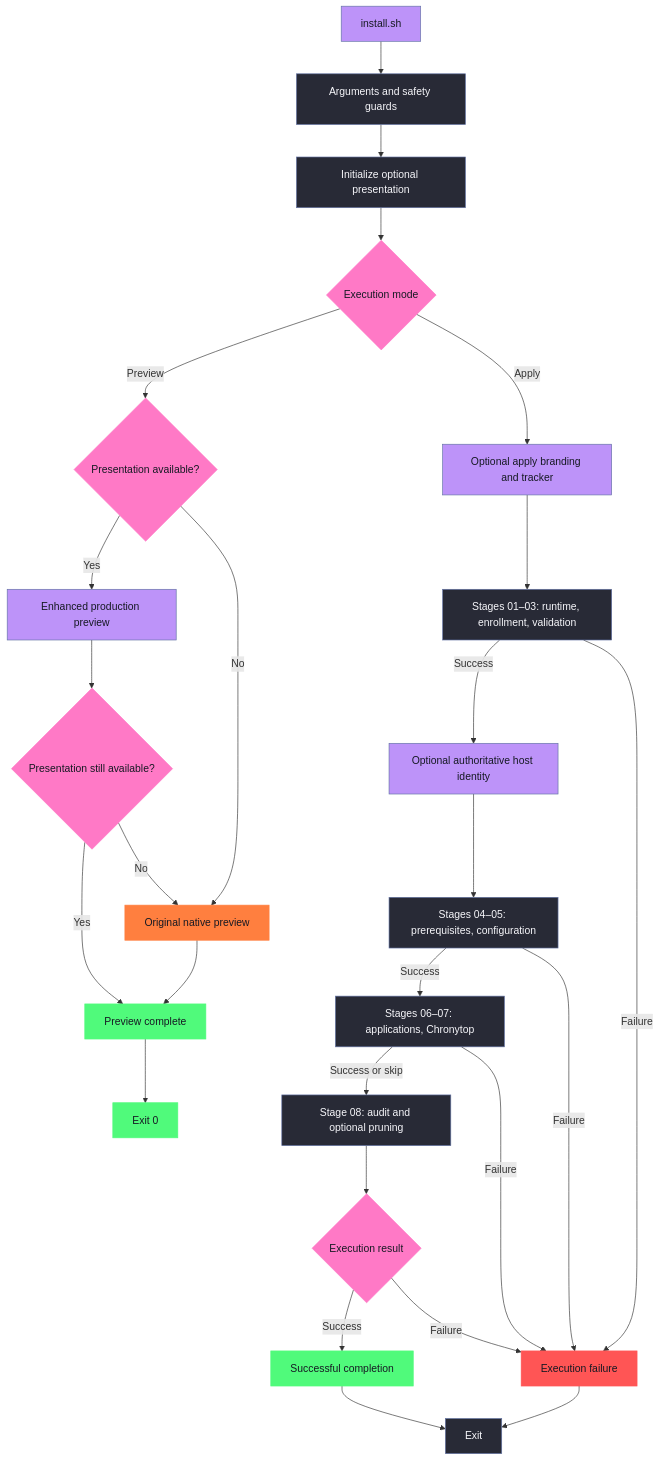
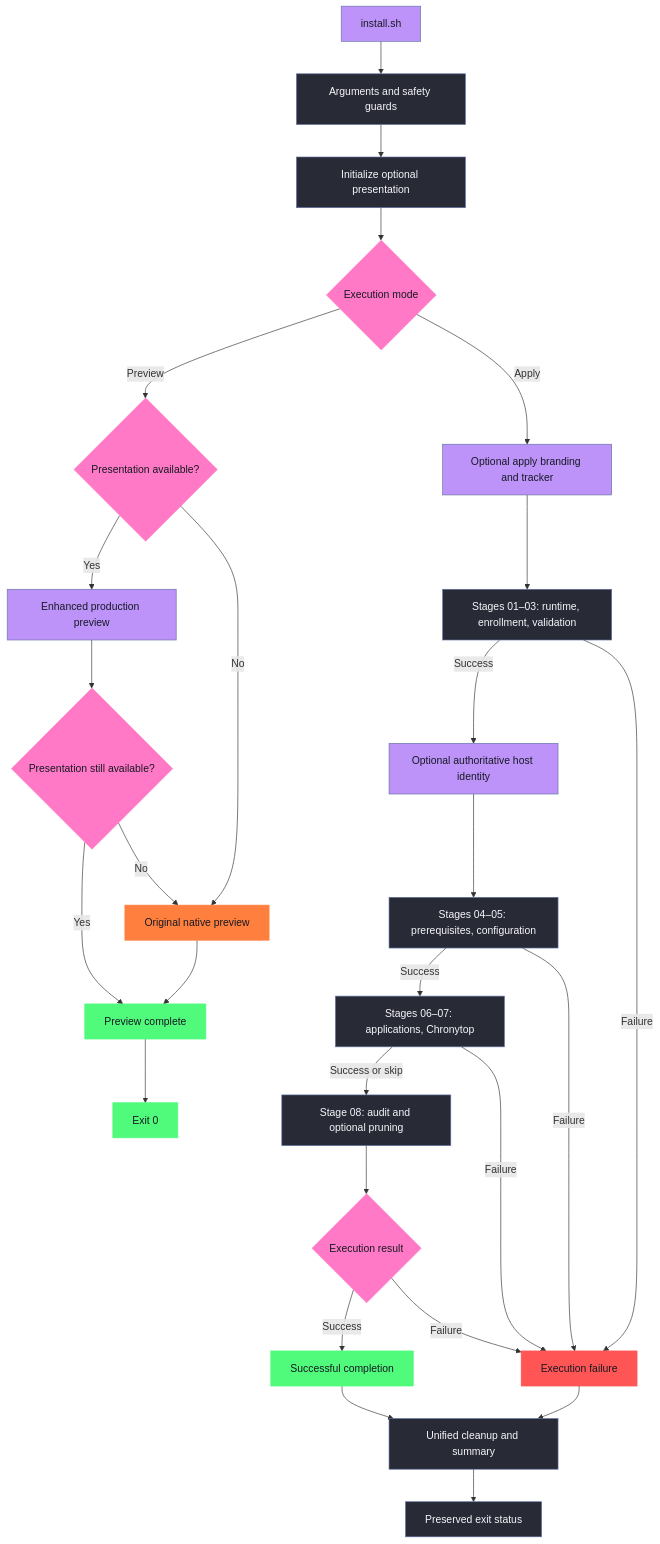
The second of 2 diagrams in README.md (calico88x/novalabs-dotfiles), drawn with Mermaid before and after one commit. The commit also changed other lines of this file and 3 other files, not shown here.

````diff
--- a/README.md
+++ b/README.md
@@ -433,42 +434,43 @@
 ```mermaid
 flowchart TD
     A["install.sh"] --> B["Arguments and safety guards"]
     B --> C["Initialize optional presentation"]
     C --> D{"Execution mode"}
     D -->|Preview| E{"Presentation available?"}
     E -->|Yes| F["Enhanced production preview"]
     E -->|No| G["Original native preview"]
     F --> H{"Presentation still available?"}
     H -->|Yes| I["Preview complete"]
     H -->|No| G
     G --> I
     D -->|Apply| P["Optional apply branding and tracker"]
     P --> Q["Stages 01–03: runtime, enrollment, validation"]
     Q -->|Success| R["Optional authoritative host identity"]
     R --> S["Stages 04–05: prerequisites, configuration"]
     S -->|Success| T["Stages 06–07: applications, Chronytop"]
     T -->|Success or skip| J["Stage 08: audit and optional pruning"]
     T -->|Failure| M
     S -->|Failure| M
     Q -->|Failure| M
     J --> K{"Execution result"}
     K -->|Success| L["Successful completion"]
     K -->|Failure| M["Execution failure"]
     I --> N["Exit 0"]
-    L --> O["Exit"]
-    M --> O
+    L --> U["Unified cleanup and summary"]
+    M --> U
+    U --> O["Preserved exit status"]
 
     classDef brand fill:#BD93F9,stroke:#6272A4,color:#161923
     classDef success fill:#50FA7B,stroke:#50FA7B,color:#161923
     classDef failure fill:#FF5555,stroke:#FF5555,color:#161923
     classDef decision fill:#FF79C6,stroke:#FF79C6,color:#161923
     classDef process fill:#282A36,stroke:#6272A4,color:#F7F7FB
     classDef fallback fill:#FF7F3F,stroke:#FF7F3F,color:#161923
 
     class A,F,P,R brand
     class I,L,N success
     class M failure
     class D,E,H,K decision
-    class B,C,J,O,Q,S,T process
+    class B,C,J,O,Q,S,T,U process
     class G fallback
 ```
````
